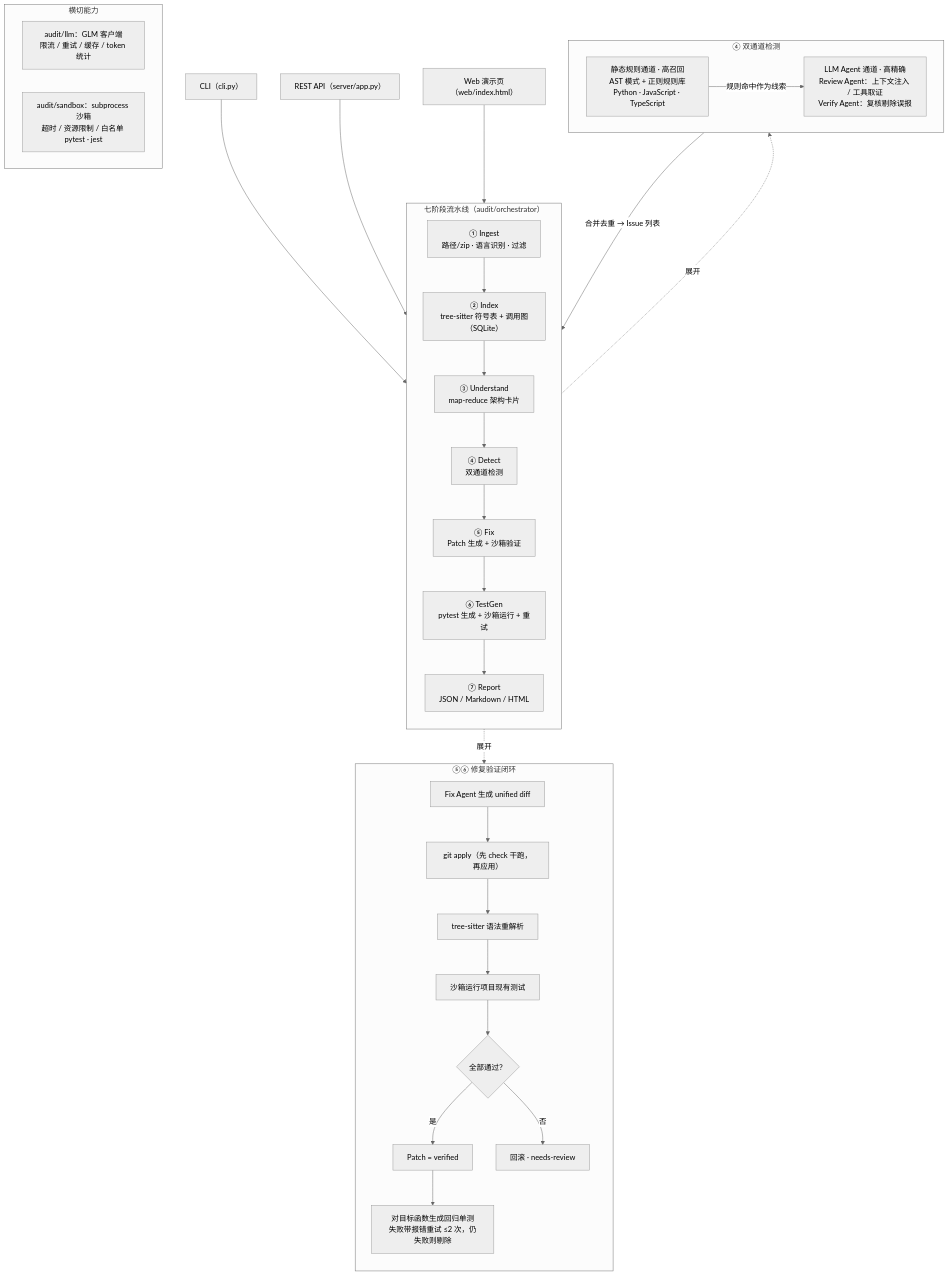
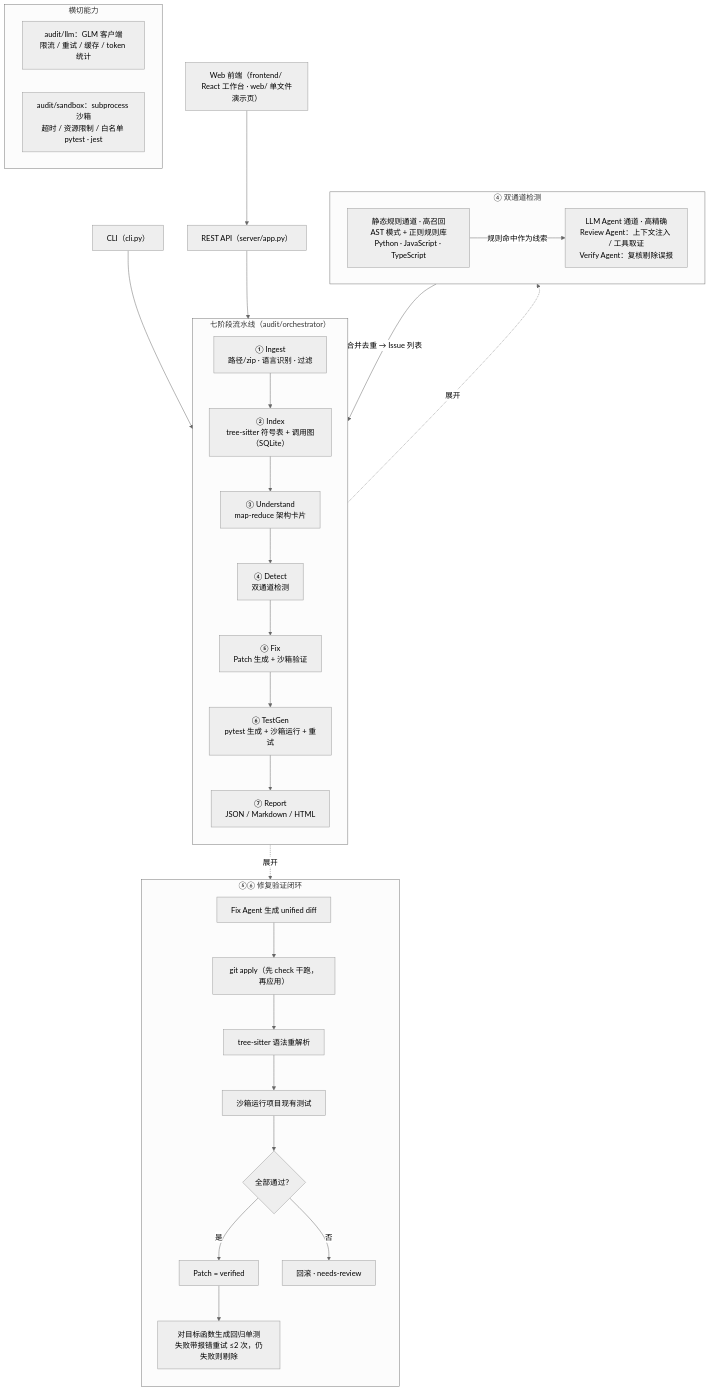
One commit to mingkiiiiing/codeaudit-agent changed the diagram in README.md. Above: the diagram before and after it, drawn with Mermaid (neutral theme). The commit also changed other lines of this file and 54 other files, not shown here.

First line of the commit message:
feat: Web 前后端（Wave 8）——React 审计工作台 + REST API 契约 v2 + Web 压测基线

````diff
--- a/README.md
+++ b/README.md
@@ -36,43 +36,43 @@
 ```mermaid
 flowchart TB
     CLI["CLI（cli.py）"] --> ORCH
     API["REST API（server/app.py）"] --> ORCH
-    WEB["Web 演示页（web/index.html）"] --> ORCH
+    WEB["Web 前端（frontend/ React 工作台 · web/ 单文件演示页）"] --> API
 
     subgraph ORCH["七阶段流水线（audit/orchestrator）"]
         direction TB
         S1["① Ingest<br/>路径/zip · 语言识别 · 过滤"] --> S2["② Index<br/>tree-sitter 符号表 + 调用图（SQLite）"]
         S2 --> S3["③ Understand<br/>map-reduce 架构卡片"]
         S3 --> S4["④ Detect<br/>双通道检测"]
         S4 --> S5["⑤ Fix<br/>Patch 生成 + 沙箱验证"]
         S5 --> S6["⑥ TestGen<br/>pytest 生成 + 沙箱运行 + 重试"]
         S6 --> S7["⑦ Report<br/>JSON / Markdown / HTML"]
     end
 
     subgraph DUAL["④ 双通道检测"]
         direction LR
         RULE["静态规则通道 · 高召回<br/>AST 模式 + 正则规则库<br/>Python · JavaScript · TypeScript"]
         LLMS["LLM Agent 通道 · 高精确<br/>Review Agent：上下文注入 / 工具取证<br/>Verify Agent：复核剔除误报"]
         RULE -- "规则命中作为线索" --> LLMS
     end
     S4 -. 展开 .-> DUAL
     LLMS -- "合并去重 → Issue 列表" --> S5
 
     subgraph LOOP["⑤⑥ 修复验证闭环"]
         direction TB
         GEN["Fix Agent 生成 unified diff"] --> CHK["git apply（先 check 干跑，再应用）"]
         CHK --> SYN["tree-sitter 语法重解析"]
         SYN --> RUN["沙箱运行项目现有测试"]
         RUN --> PASS{"全部通过？"}
         PASS -- "是" --> VER["Patch = verified"]
         PASS -- "否" --> RB["回滚 · needs-review"]
         VER --> TG["对目标函数生成回归单测<br/>失败带报错重试 ≤2 次，仍失败则剔除"]
     end
     S5 -. 展开 .-> LOOP
 
     subgraph CROSS["横切能力"]
         direction LR
         X1["audit/llm：GLM 客户端<br/>限流 / 重试 / 缓存 / token 统计"]
         X2["audit/sandbox：subprocess 沙箱<br/>超时 / 资源限制 / 白名单 pytest · jest"]
     end
 ```
````
